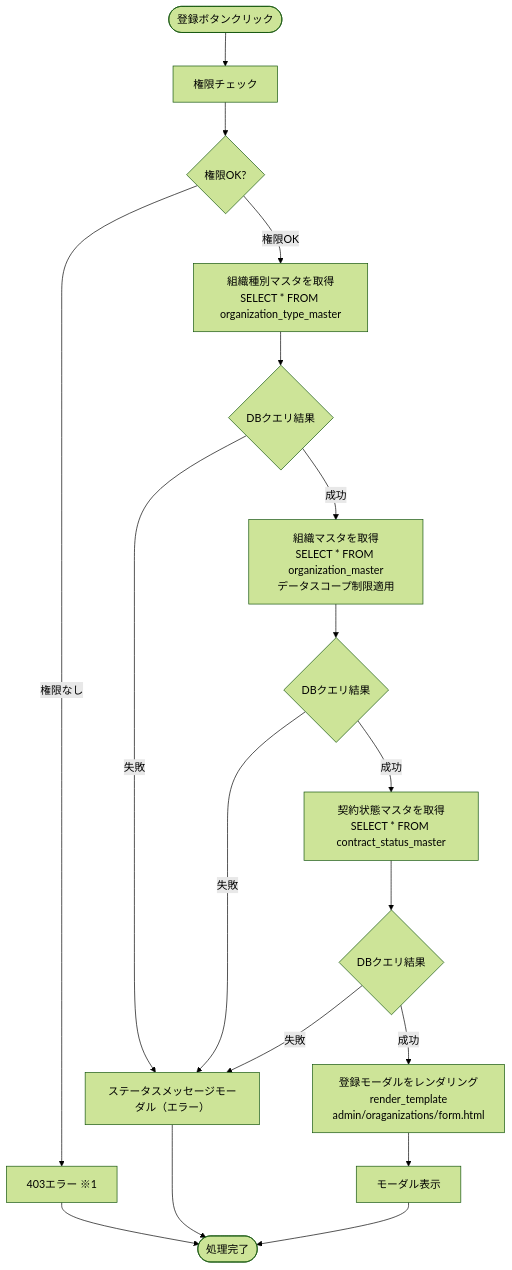
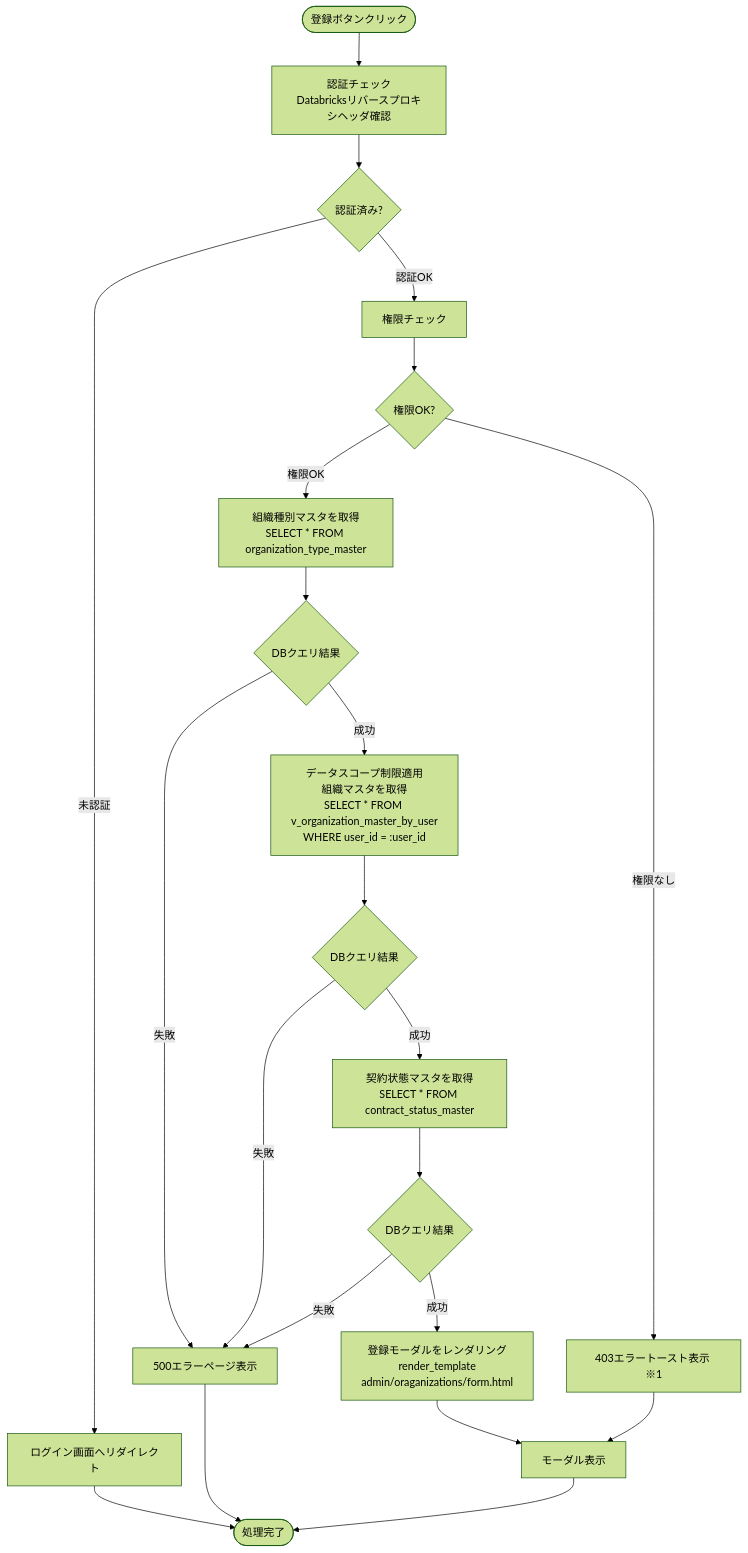
Before and after one commit to NSW-SVCP-AIWG002/Databricks-IoT: the third of 8 diagrams in docs/03-features/flask-app/organizations/workflow-specification.md, drawn with Mermaid (forest theme). The commit also changed other lines of this file and 3 other files, not shown here.

````diff
--- a/docs/03-features/flask-app/organizations/workflow-specification.md
+++ b/docs/03-features/flask-app/organizations/workflow-specification.md
@@ -645,28 +719,30 @@
 ```mermaid
 flowchart TD
-    Start([登録ボタンクリック]) --> Permission[権限チェック]
+    Start([登録ボタンクリック]) --> Auth[認証チェック<br>Databricksリバースプロキシヘッダ確認]
+    Auth --> CheckAuth{認証済み?}
+    CheckAuth -->|未認証| LoginRedirect[ログイン画面へリダイレクト]
+    CheckAuth -->|認証OK| Permission[権限チェック]
+
     Permission --> CheckPerm{権限OK?}
-    CheckPerm -->|権限なし| Error403[403エラー ※1]
+    CheckPerm -->|権限なし| Error403[403エラートースト表示 ※1]
+    CheckPerm -->|権限OK| GetOrgType[組織種別マスタを取得<br>SELECT * FROM organization_type_master]
 
-    CheckPerm -->|権限OK| LoadOrgType[組織種別マスタを取得<br>SELECT * FROM organization_type_master]
-    LoadOrgType --> CheckDB1{DBクエリ結果}
+    GetOrgType --> CheckOrgType{DBクエリ結果}
+    CheckOrgType -->|成功| GetOrg[データスコープ制限適用<br>組織マスタを取得<br>SELECT * FROM v_organization_master_by_user<br>WHERE user_id = :user_id]
+    CheckOrgType -->|失敗| Error500[500エラーページ表示]
 
-    CheckDB1 -->|成功| LoadOrgs[組織マスタを取得<br>SELECT * FROM organization_master<br>データスコープ制限適用]
-    CheckDB1 -->|失敗| Error500[ステータスメッセージモーダル（エラー）]
+    GetOrg --> CheckOrg{DBクエリ結果}
+    CheckOrg -->|成功| GetStatus[契約状態マスタを取得<br>SELECT * FROM contract_status_master]
+    CheckOrg -->|失敗| Error500
 
-    LoadOrgs --> CheckDB2{DBクエリ結果}
-
-    CheckDB2 -->|成功| LoadContractStatus[契約状態マスタを取得<br>SELECT * FROM contract_status_master]
-    CheckDB2 -->|失敗| Error500
-
-    LoadContractStatus --> CheckDB3{DBクエリ結果}
-
-    CheckDB3 -->|成功| Template[登録モーダルをレンダリング<br>render_template<br>admin/oraganizations/form.html]
-    CheckDB3 -->|失敗| Error500
+    GetStatus --> CheckStatus{DBクエリ結果}
+    CheckStatus -->|成功| Template[登録モーダルをレンダリング<br>render_template<br>admin/oraganizations/form.html]
+    CheckStatus -->|失敗| Error500
 
     Template --> View[モーダル表示]
+    Error403 --> View
 
-    Error403 --> End([処理完了])
+    LoginRedirect --> End([処理完了])
     Error500 --> End
     View --> End
 ```
````
